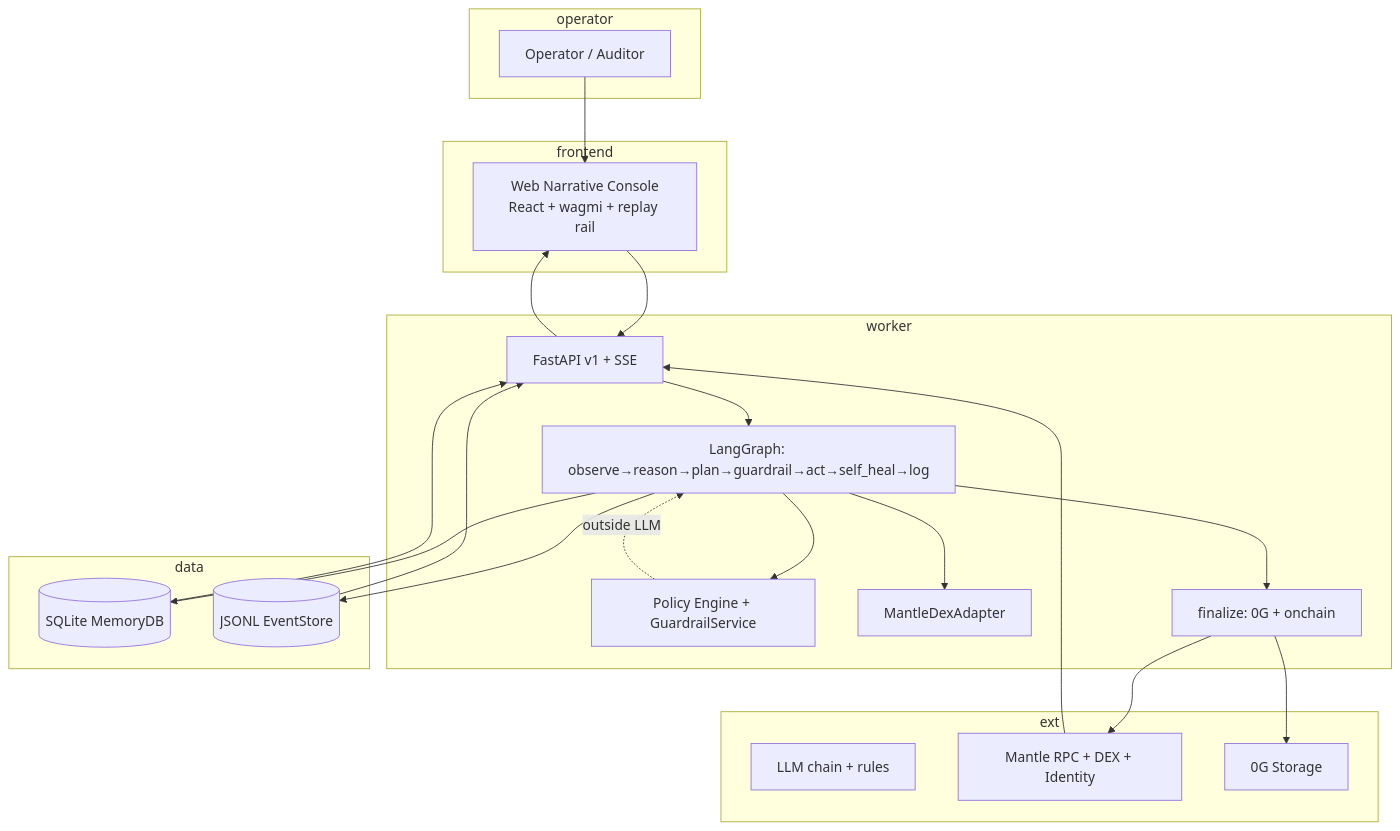
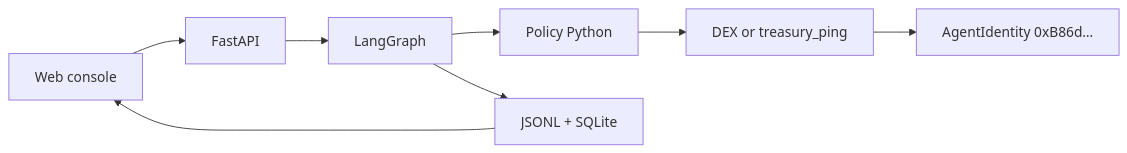
Before and after one commit to Anand-0037/agentic-micro-economy-os: the diagram in docs/architecture.mdx, drawn with Mermaid. The commit also changed other lines of this file and 19 other files, not shown here.

````diff
--- a/docs/architecture.mdx
+++ b/docs/architecture.mdx
@@ -12,40 +12,10 @@
 ```mermaid
-flowchart TB
-  subgraph operator
-    Op[Operator / Auditor]
-  end
-  subgraph frontend
-    UI[Web Narrative Console\nReact + wagmi + replay rail]
-  end
-  subgraph worker
-    API[FastAPI v1 + SSE]
-    LG[LangGraph: observe→reason→plan→guardrail→act→self_heal→log]
-    POL[Policy Engine + GuardrailService]
-    DEX[MantleDexAdapter]
-    FIN[finalize: 0G + onchain]
-  end
-  subgraph data
-    DB[(SQLite MemoryDB)]
-    JSONL[(JSONL EventStore)]
-  end
-  subgraph ext
-    LLM[LLM chain + rules]
-    MNT[Mantle RPC + DEX + Identity]
-    ZG[0G Storage]
-  end
-  Op --> UI
-  UI --> API
-  API --> LG
-  LG --> POL
-  LG --> DEX
-  LG --> FIN
-  FIN --> ZG
-  FIN --> MNT
-  POL -.->|outside LLM| LG
-  LG --> DB
-  LG --> JSONL
-  DB --> API
-  JSONL --> API
-  API --> UI
-  MNT --> API
+flowchart LR
+  UI[Web console] --> API[FastAPI]
+  API --> LG[LangGraph]
+  LG --> POL[Policy Python]
+  POL --> ACT[DEX or treasury_ping]
+  ACT --> ID[AgentIdentity 0xB86d…]
+  LG --> STORE[JSONL + SQLite]
+  STORE --> UI
 ```
````
